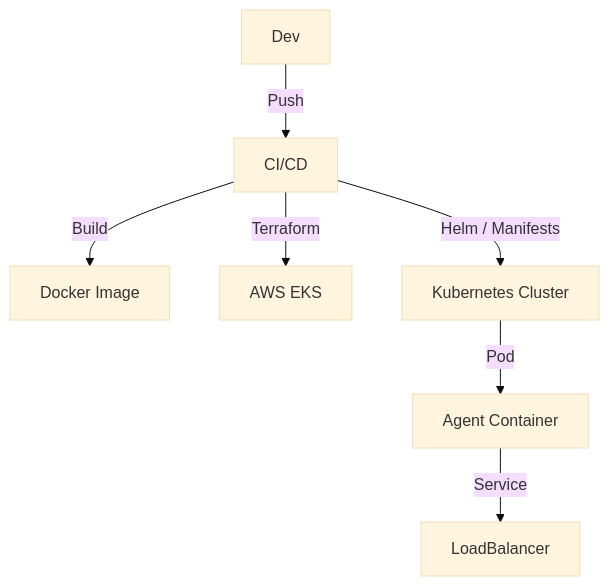
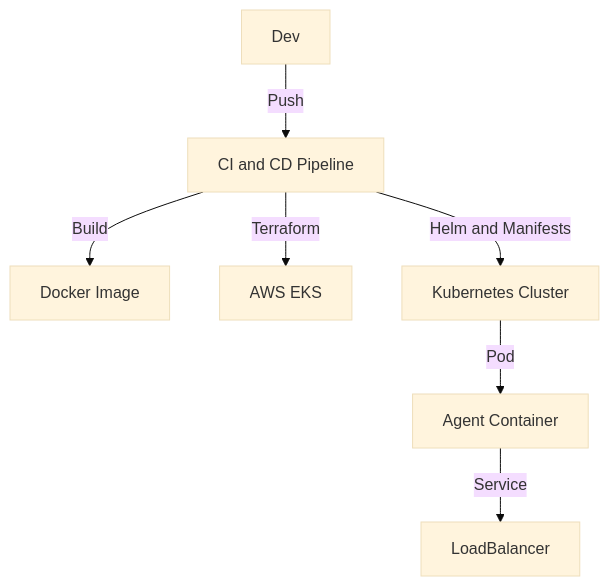
Before and after one commit to sricheru/agentic-ai-portfolio: diagram 20 of 20 in genai_enterprise_usecases/ARCHITECTURE_GUIDE.md, drawn with Mermaid (base theme). The commit also changed other lines of this file, not shown here.

Commit message:
fix(mermaid): completely sanitize all node shapes and labels for GitHub compatibility

````diff
--- a/genai_enterprise_usecases/ARCHITECTURE_GUIDE.md
+++ b/genai_enterprise_usecases/ARCHITECTURE_GUIDE.md
@@ -445,9 +443,9 @@
 ```mermaid
 graph TD
-    Dev -->|Push| Loop["CI/CD"]
+    Dev -->|Push| Loop["CI and CD Pipeline"]
     Loop -->|Build| Docker[Docker Image]
     Loop -->|Terraform| Infra[AWS EKS]
-    Loop -->|Helm / Manifests| K8s[Kubernetes Cluster]
+    Loop -->|Helm and Manifests| K8s[Kubernetes Cluster]
     K8s -->|Pod| Container[Agent Container]
     Container -->|Service| LoadBalancer
 ```
````
